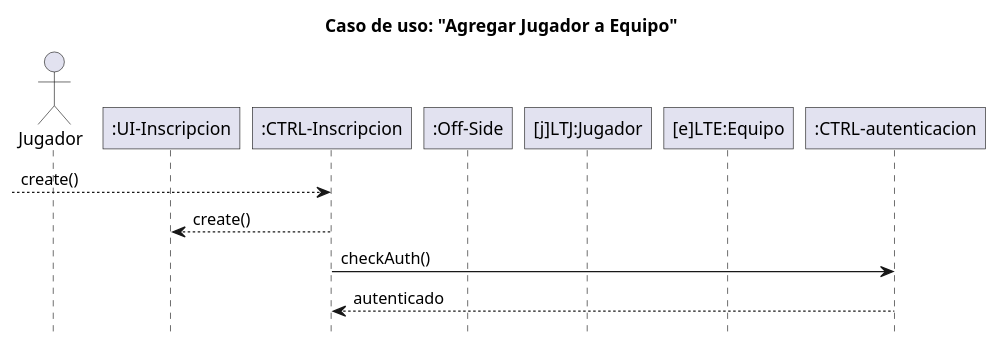
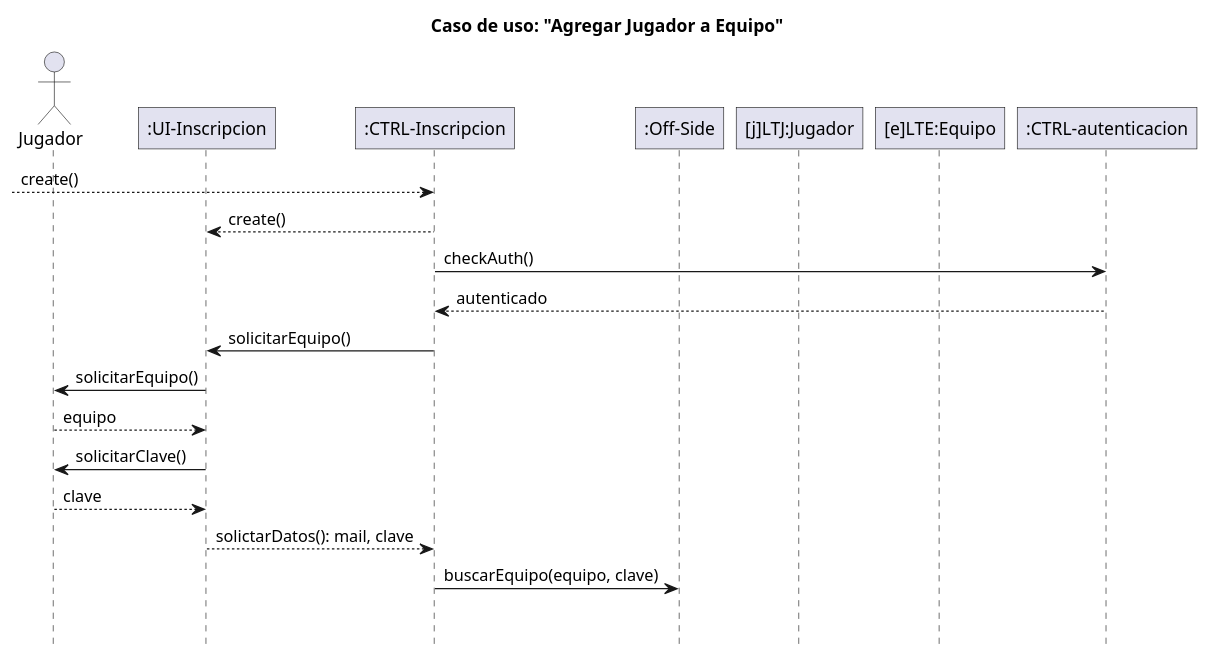
One commit to Z0SO/UML-Practice changed the second of 2 diagrams in Modelos parciales/modelo 2.md. Above: the diagram before and after it, drawn with PlantUML. The commit also changed 1 other file, not shown here.

Commit message:
bkp -> 2024-07-03 15:13:19

````diff
--- a/Modelos parciales/modelo 2.md
+++ b/Modelos parciales/modelo 2.md
@@ -127,47 +127,63 @@
 ```plantuml
 @startuml
 
 hide footbox
 
 skinparam participant {
   RoundCorner 0
 }
 
 title Caso de uso: "Agregar Jugador a Equipo"
 
 
 actor "Jugador" as jugador
 
 participant ":UI-Inscripcion" as ui
 
 participant ":CTRL-Inscripcion" as controlador
 controlador <---[: create()
 
 
 participant ":Off-Side" as sistema
 
 participant "[j]LTJ:Jugador" as jugadorLTJ
 
 participant "[e]LTE:Equipo" as equipoLTE
 
 
 participant ":CTRL-autenticacion" as auth
 
 
 controlador --> ui : create()
 
 
 ' el jugador debe estar autenticado
 
 controlador -> auth : checkAuth()
 auth --> controlador : autenticado
 
 
+' indicar el nombre del equipo y la clave de inscripción proporcionada por el responsable del equipo
+
+controlador -> ui : solicitarEquipo()
+
+ui -> jugador : solicitarEquipo()
+jugador --> ui : equipo
+
+ui -> jugador : solicitarClave()
+jugador --> ui : clave
+
+ui --> controlador : solictarDatos(): mail, clave
 
 
+' hacer la busqueda de el equipo que 
 
+controlador -> sistema : buscarEquipo(equipo, clave)
 
+' armar un for each para iterar sobre los equipos y buscar el equipo que coincida con el nombre y la clave
 
+loop for each e in LTE
+    
 
 @enduml
 ```
````
